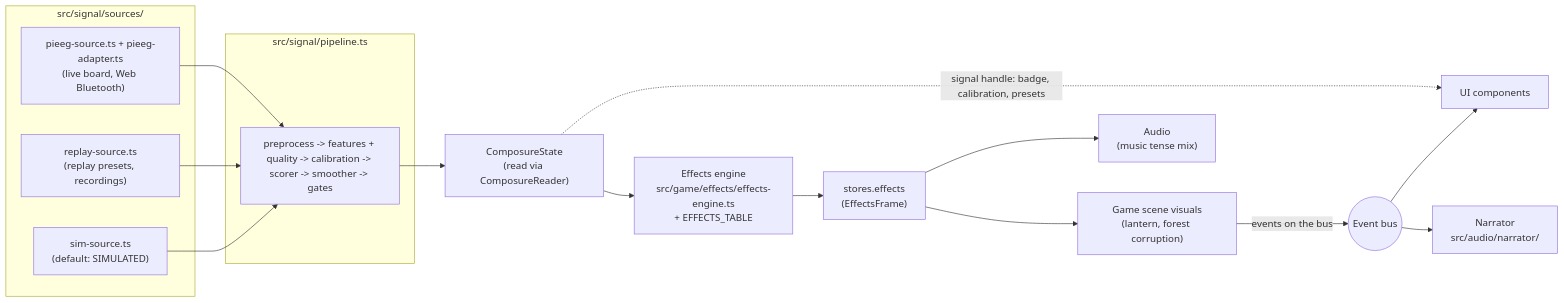
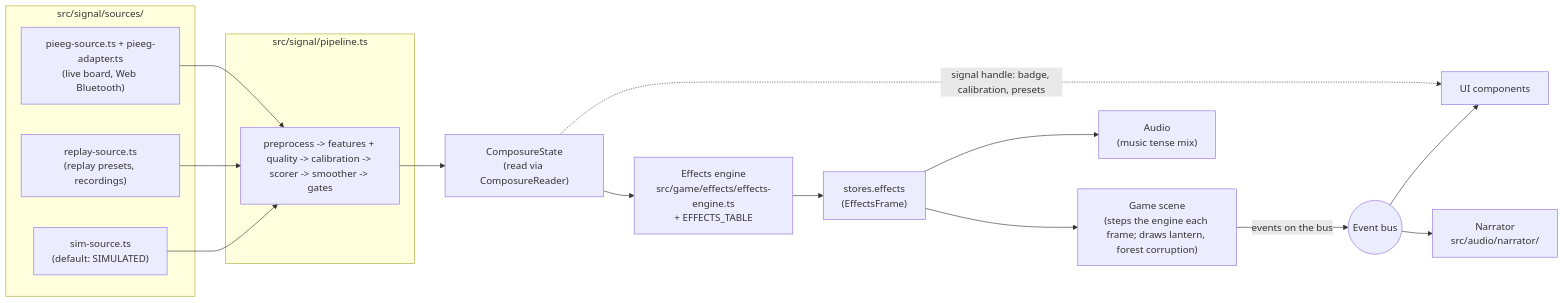
Before and after one commit to srishanb/hackthenest-chooms: the diagram in docs/ARCHITECTURE.md, drawn with Mermaid. The commit also changed other lines of this file, not shown here.

Commit message:
docs: fact-check architecture

````diff
--- a/docs/ARCHITECTURE.md
+++ b/docs/ARCHITECTURE.md
@@ -18,23 +18,23 @@
 ```mermaid
 flowchart LR
   subgraph Sources["src/signal/sources/"]
     SIM["sim-source.ts<br/>(default: SIMULATED)"]
     REP["replay-source.ts<br/>(replay presets, recordings)"]
     LIVE["pieeg-source.ts + pieeg-adapter.ts<br/>(live board, Web Bluetooth)"]
   end
   SIM --> PIPE
   REP --> PIPE
   LIVE --> PIPE
   subgraph Signal["src/signal/pipeline.ts"]
     PIPE["preprocess -> features + quality -> calibration -> scorer -> smoother -> gates"]
   end
   PIPE --> CS["ComposureState<br/>(read via ComposureReader)"]
   CS --> FX["Effects engine<br/>src/game/effects/effects-engine.ts<br/>+ EFFECTS_TABLE"]
   FX --> STORE["stores.effects<br/>(EffectsFrame)"]
-  STORE --> SCENE["Game scene visuals<br/>(lantern, forest corruption)"]
+  STORE --> SCENE["Game scene<br/>(steps the engine each frame; draws lantern, forest corruption)"]
   STORE --> AUDIO["Audio<br/>(music tense mix)"]
   SCENE -- "events on the bus" --> BUS(("Event bus"))
   BUS --> UI["UI components"]
   BUS --> NAR["Narrator<br/>src/audio/narrator/"]
   CS -. "signal handle: badge, calibration, presets" .-> UI
 ```
````
